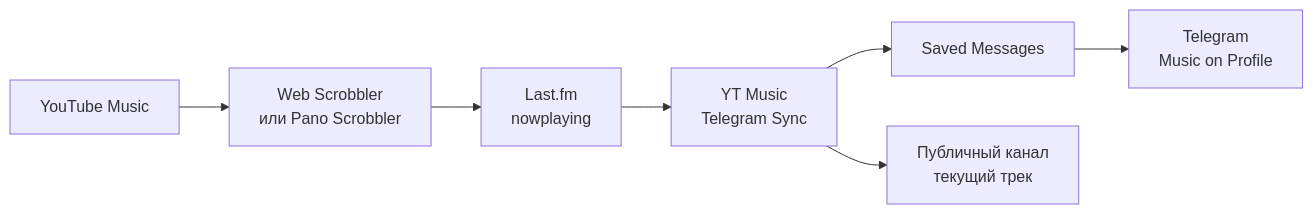
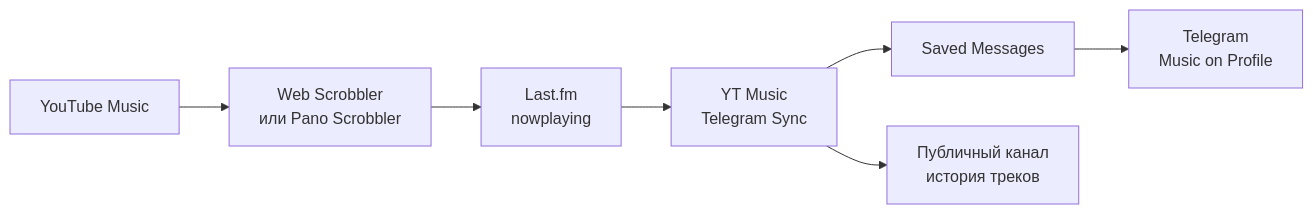
One commit to darhanger/yt_music-telegram-sync changed the diagram in README_RU.md. Above: the diagram before and after it, drawn with Mermaid. The commit also changed other lines of this file and 7 other files, not shown here.

````diff
--- a/README_RU.md
+++ b/README_RU.md
@@ -29,9 +29,9 @@
 ```mermaid
 flowchart LR
     YT[YouTube Music] --> S[Web Scrobbler<br>или Pano Scrobbler]
     S --> LF[Last.fm<br>nowplaying]
     LF --> APP[YT Music<br>Telegram Sync]
     APP --> SM[Saved Messages]
     SM --> TG[Telegram<br>Music on Profile]
-    APP --> CH[Публичный канал<br>текущий трек]
+    APP --> CH[Публичный канал<br>история треков]
 ```
````
